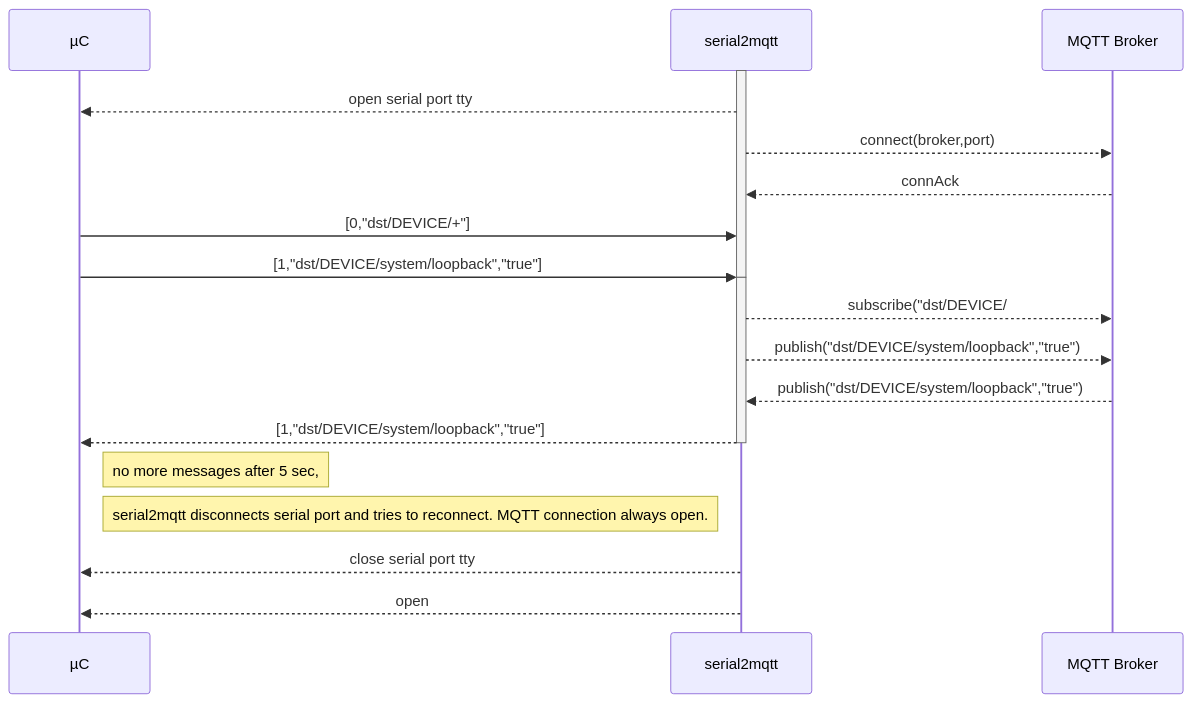
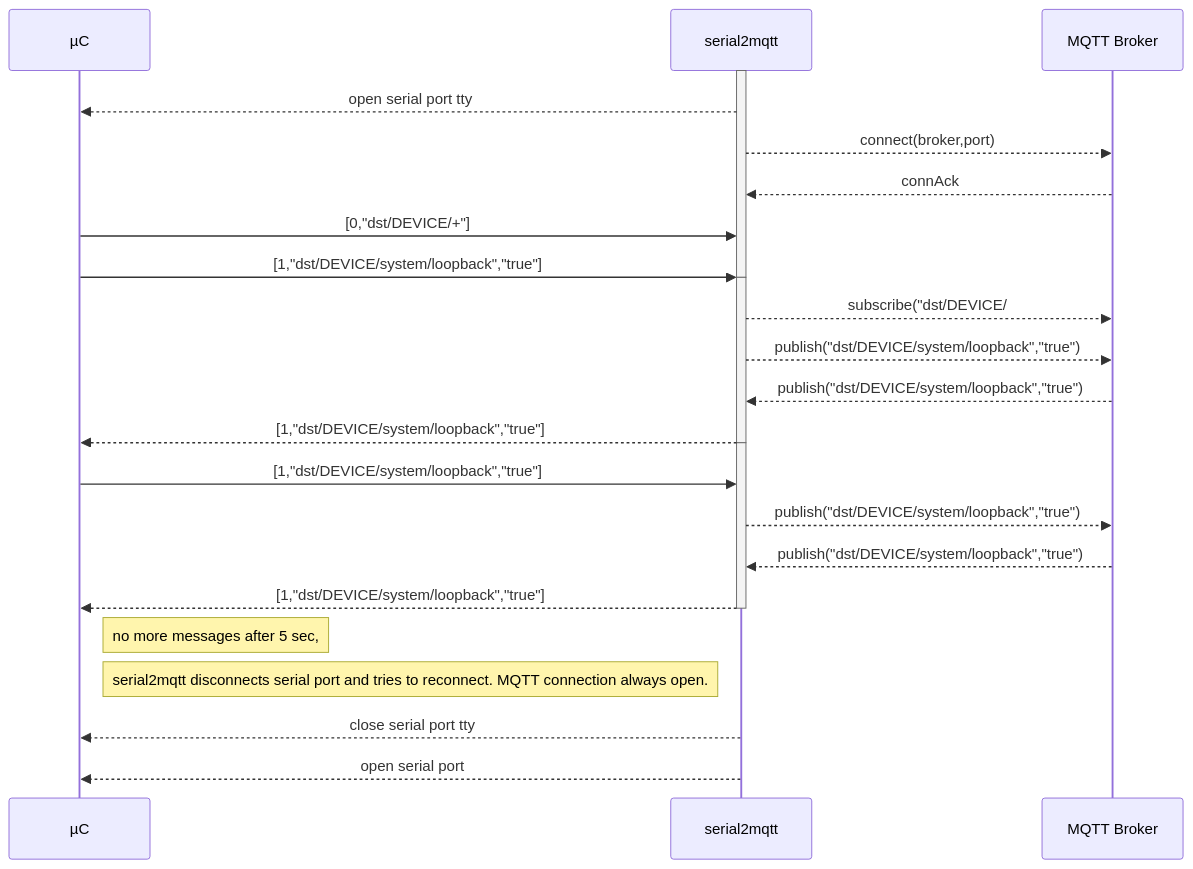
The first of 2 diagrams in README.md (vortex314/serial2mqtt), drawn with Mermaid before and after one commit. The commit also changed other lines of this file, not shown here.

Commit message:
README.md updated from https://stackedit.io/

````diff
--- a/README.md
+++ b/README.md
@@ -63,26 +63,33 @@
 ```mermaid
 sequenceDiagram
 participant µC
 participant serial2mqtt
 participant MQTT Broker
 
 activate serial2mqtt
 serial2mqtt-->>µC: open serial port tty
 serial2mqtt-->>MQTT Broker: connect(broker,port)
 MQTT Broker -->> serial2mqtt: connAck
 µC->> serial2mqtt: [0,"dst/DEVICE/+"]
 µC->> serial2mqtt : [1,"dst/DEVICE/system/loopback","true"]
 deactivate serial2mqtt
 
 activate serial2mqtt
 serial2mqtt-->>MQTT Broker: subscribe("dst/DEVICE/#")
 serial2mqtt-->>MQTT Broker: publish("dst/DEVICE/system/loopback","true")
 MQTT Broker-->>serial2mqtt: publish("dst/DEVICE/system/loopback","true")
 serial2mqtt-->>µC : [1,"dst/DEVICE/system/loopback","true"]
 deactivate serial2mqtt
 
+activate serial2mqtt
+µC->> serial2mqtt : [1,"dst/DEVICE/system/loopback","true"]
+serial2mqtt-->>MQTT Broker: publish("dst/DEVICE/system/loopback","true")
+MQTT Broker-->>serial2mqtt: publish("dst/DEVICE/system/loopback","true")
+serial2mqtt-->>µC : [1,"dst/DEVICE/system/loopback","true"]
+deactivate serial2mqtt
+
 Note right of µC: no more messages after 5 sec, 
 Note right of µC: serial2mqtt disconnects serial port and tries to reconnect. MQTT connection always open.
 serial2mqtt-->>µC: close serial port tty
-serial2mqtt-->>µC: open 
+serial2mqtt-->>µC: open serial port
 ```
````
